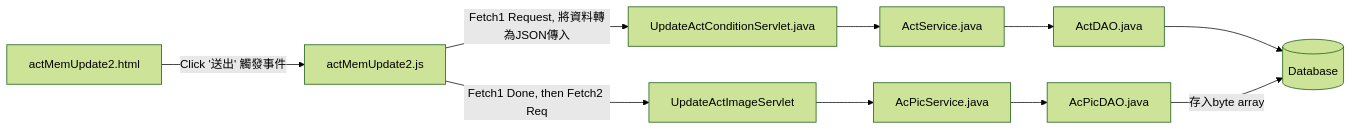
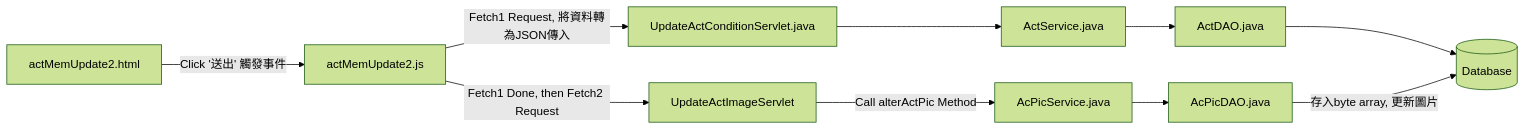
The eighth of 16 diagrams in README.md (TLexYuW/CGA103G1OwnPart), drawn with Mermaid (forest theme) before and after one commit. The commit also changed other lines of this file, not shown here.

Commit message:
LexVaultBackup: 2022-09-11 23:48:53
Affected files:
README.md

````diff
--- a/README.md
+++ b/README.md
@@ -107,8 +107,8 @@
 ```mermaid
 flowchart LR
 	aMU2html[actMemUpdate2.html] -->|Click '送出' 觸發事件| aMU2js[actMemUpdate2.js] 
 	-->|Fetch1 Request, 將資料轉為JSON傳入| UACS[UpdateActConditionServlet.java]
 	--> AS[ActService.java] --> AD[ActDAO.java] --> DB[(Database)]
-	aMU2js -->|Fetch1 Done, then Fetch2 Req| UAIS[UpdateActImageServlet]
-	--> APS[AcPicService.java] --> APD[AcPicDAO.java] -->|存入byte array| DB[(Database)]
+	aMU2js -->|Fetch1 Done, then Fetch2 Request| UAIS[UpdateActImageServlet]
+	-->|Call alterActPic Method| APS[AcPicService.java] --> APD[AcPicDAO.java] -->|存入byte array, 更新圖片| DB[(Database)]
 ```
````
